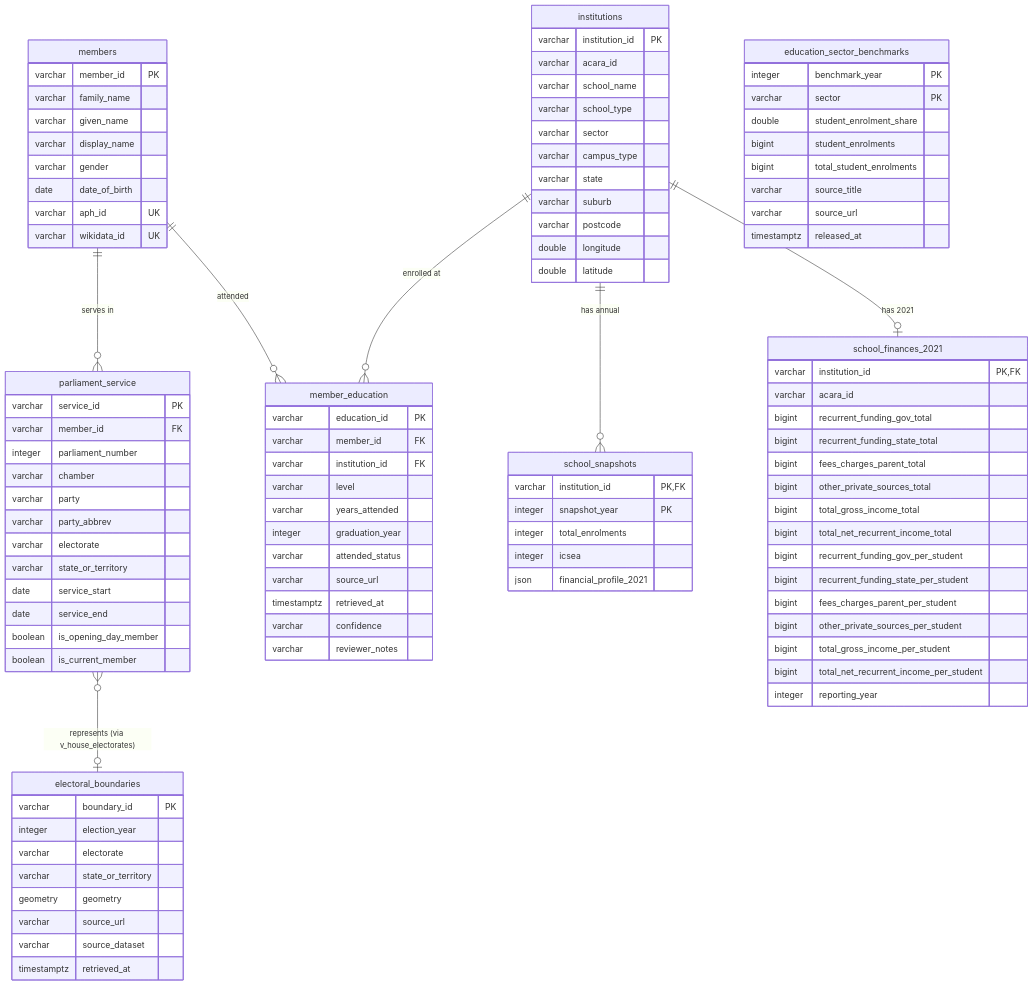
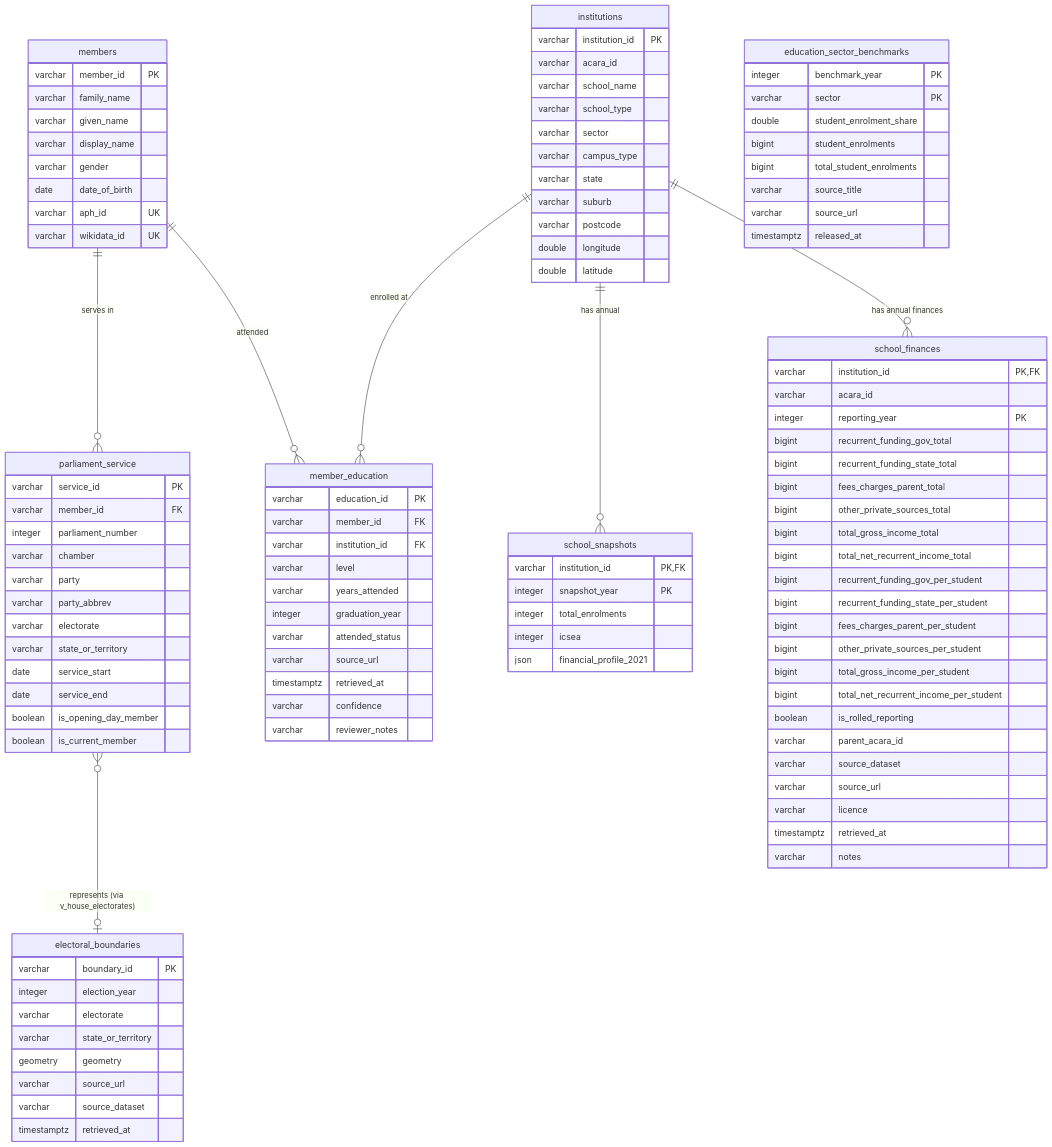
Before and after one commit to Mappboy/apemap: the diagram in docs/data-model.md, drawn with Mermaid. The commit also changed other lines of this file and 3 other files, not shown here.

Commit message:
docs: document ACARA My School Terms of Use, acquisition protocol, and annual finance model

````diff
--- a/docs/data-model.md
+++ b/docs/data-model.md
@@ -12,7 +12,7 @@
     members ||--o{ member_education : "attended"
     institutions ||--o{ member_education : "enrolled at"
     institutions ||--o{ school_snapshots : "has annual"
-    institutions ||--o| school_finances_2021 : "has 2021"
+    institutions ||--o{ school_finances : "has annual finances"
     parliament_service }o--o| electoral_boundaries : "represents (via v_house_electorates)"
 
     electoral_boundaries {
@@ -100,9 +100,10 @@
         json financial_profile_2021
     }
 
-    school_finances_2021 {
+    school_finances {
         varchar institution_id PK,FK
         varchar acara_id
+        integer reporting_year PK
         bigint recurrent_funding_gov_total
         bigint recurrent_funding_state_total
         bigint fees_charges_parent_total
@@ -115,6 +116,12 @@
         bigint other_private_sources_per_student
         bigint total_gross_income_per_student
         bigint total_net_recurrent_income_per_student
-        integer reporting_year
+        boolean is_rolled_reporting
+        varchar parent_acara_id
+        varchar source_dataset
+        varchar source_url
+        varchar licence
+        timestamptz retrieved_at
+        varchar notes
     }
 ```
````
